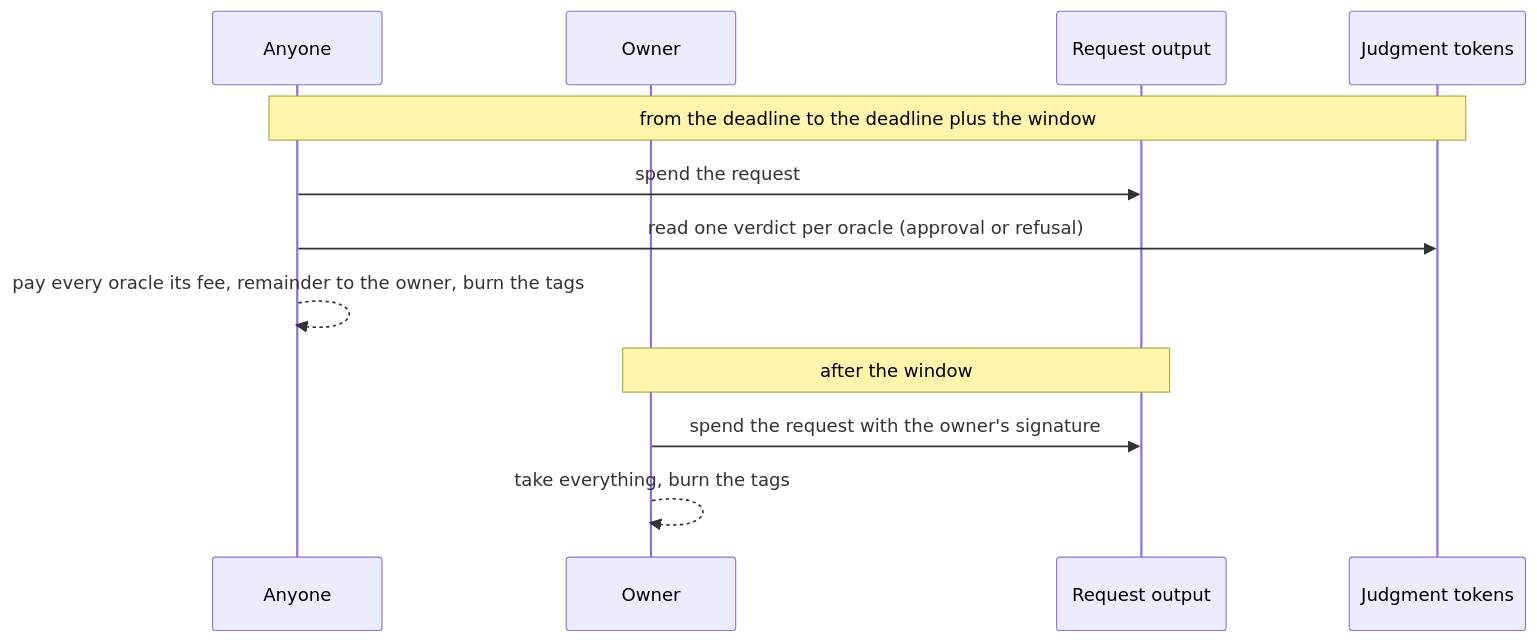
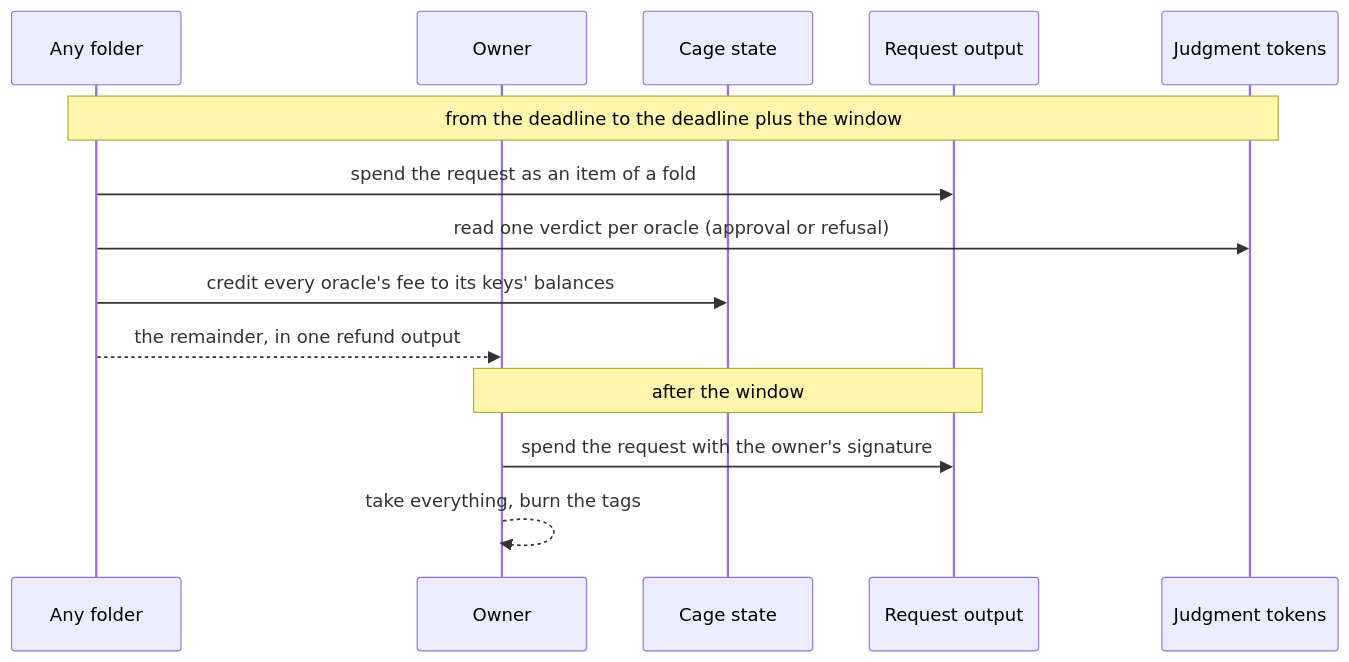
The sixth of 7 diagrams in docs/design/registries/lifecycle.md (cardano-foundation/cardano-mpfs-onchain), drawn with Mermaid before and after one commit. The commit also changed other lines of this file and 8 other files, not shown here.

Commit message:
docs(specs): oracle identities, fees in the cage, claims and complete accounts as fold items

````diff
--- a/docs/design/registries/lifecycle.md
+++ b/docs/design/registries/lifecycle.md
@@ -115,14 +115,16 @@
 ```mermaid
 sequenceDiagram
-  participant A as Anyone
+  participant F as Any folder
   participant W as Owner
+  participant C as Cage state
   participant Q as Request output
   participant J as Judgment tokens
-  Note over A,J: from the deadline to the deadline plus the window
-  A->>Q: spend the request
-  A->>J: read one verdict per oracle (approval or refusal)
-  A-->>A: pay every oracle its fee, remainder to the owner, burn the tags
+  Note over F,J: from the deadline to the deadline plus the window
+  F->>Q: spend the request as an item of a fold
+  F->>J: read one verdict per oracle (approval or refusal)
+  F->>C: credit every oracle's fee to its keys' balances
+  F-->>W: the remainder, in one refund output
   Note over W,Q: after the window
   W->>Q: spend the request with the owner's signature
   W-->>W: take everything, burn the tags
 ```
````
